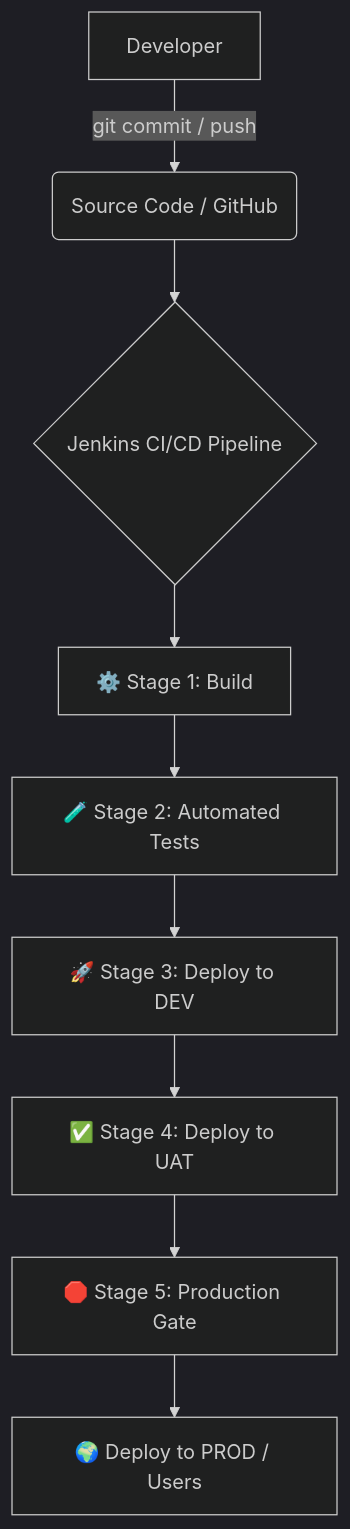
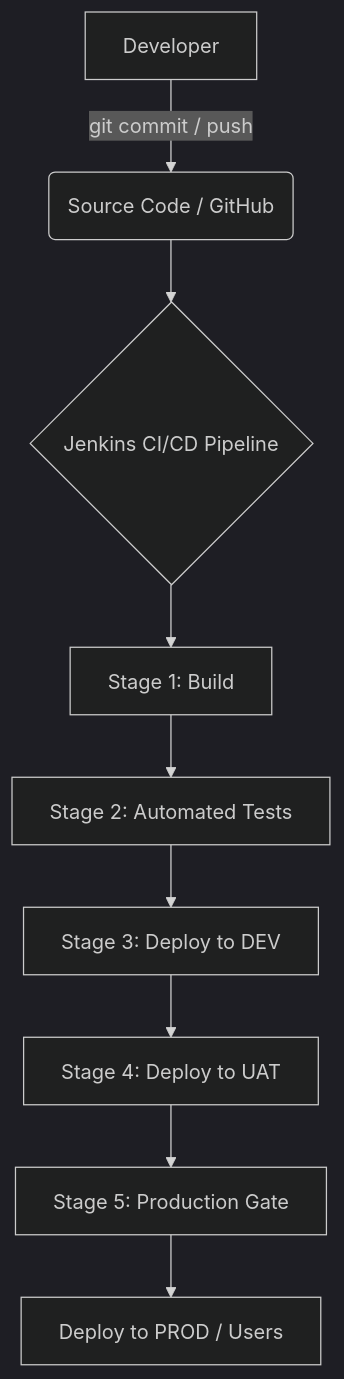
Before and after one commit to SIVAGORAM/devops-zero-to-hero: the fourth of 5 diagrams in 07-Jenkins/Day-01-Introduction-and-Installation/Day-01-Introduction-and-Installation.md, drawn with Mermaid (dark theme). The commit also changed other lines of this file and 1 other file, not shown here.

Commit message:
docs: add educational guides for CI/CD fundamentals and Jenkins AWS installation procedures

````diff
--- a/07-Jenkins/Day-01-Introduction-and-Installation/Day-01-Introduction-and-Installation.md
+++ b/07-Jenkins/Day-01-Introduction-and-Installation/Day-01-Introduction-and-Installation.md
@@ -105,11 +105,11 @@
 ```mermaid
 graph TD
-    A[Developer] -->|git commit / push| B(Source Code / GitHub)
-    B --> C{Jenkins CI/CD Pipeline}
-    C --> D[⚙️ Stage 1: Build]
-    D --> E[🧪 Stage 2: Automated Tests]
-    E --> F[🚀 Stage 3: Deploy to DEV]
-    F --> G[✅ Stage 4: Deploy to UAT]
-    G --> H[🛑 Stage 5: Production Gate]
-    H --> I[🌍 Deploy to PROD / Users]
+    A["Developer"] -->|"git commit / push"| B("Source Code / GitHub")
+    B --> C{"Jenkins CI/CD Pipeline"}
+    C --> D["Stage 1: Build"]
+    D --> E["Stage 2: Automated Tests"]
+    E --> F["Stage 3: Deploy to DEV"]
+    F --> G["Stage 4: Deploy to UAT"]
+    G --> H["Stage 5: Production Gate"]
+    H --> I["Deploy to PROD / Users"]
 ```
````
